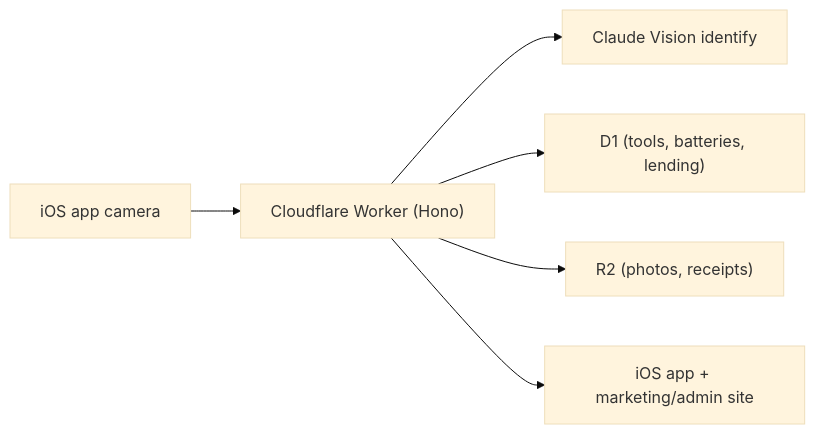
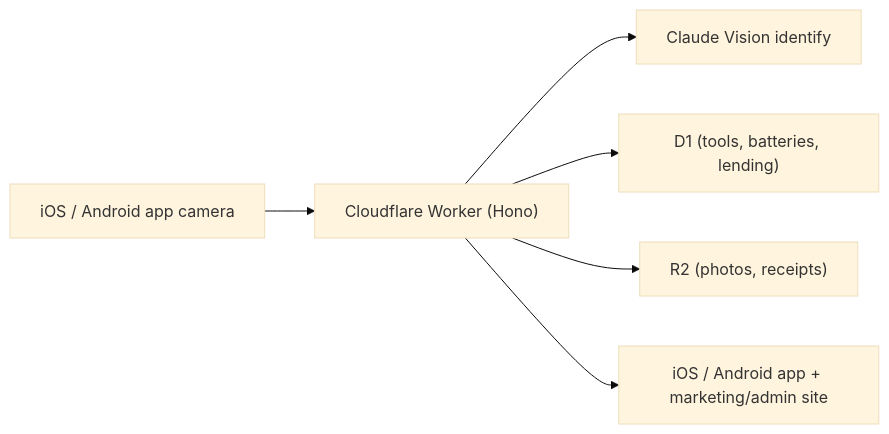
One commit to stewartburton/stewartburton.github.io changed the diagram in site/src/content/work/fettle.md. Above: the diagram before and after it, drawn with Mermaid (base theme). The commit also changed other lines of this file, not shown here.

Commit message:
fix: mark Fettle live on iOS and Android

````diff
--- a/site/src/content/work/fettle.md
+++ b/site/src/content/work/fettle.md
@@ -20,8 +20,8 @@
 ```mermaid
 flowchart LR
-    Camera["iOS app camera"] --> Worker["Cloudflare Worker (Hono)"]
+    Camera["iOS / Android app camera"] --> Worker["Cloudflare Worker (Hono)"]
     Worker --> Vision["Claude Vision identify"]
     Worker --> D1["D1 (tools, batteries, lending)"]
     Worker --> R2["R2 (photos, receipts)"]
-    Worker --> Client["iOS app + marketing/admin site"]
+    Worker --> Client["iOS / Android app + marketing/admin site"]
 ```
````
